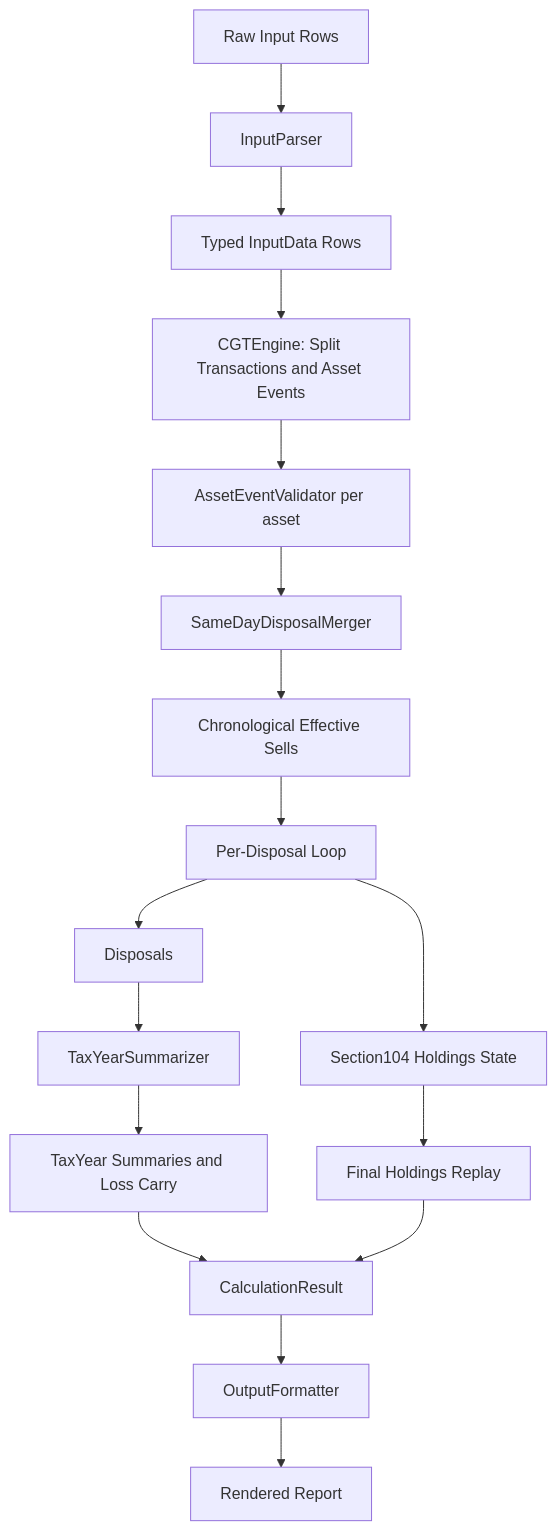
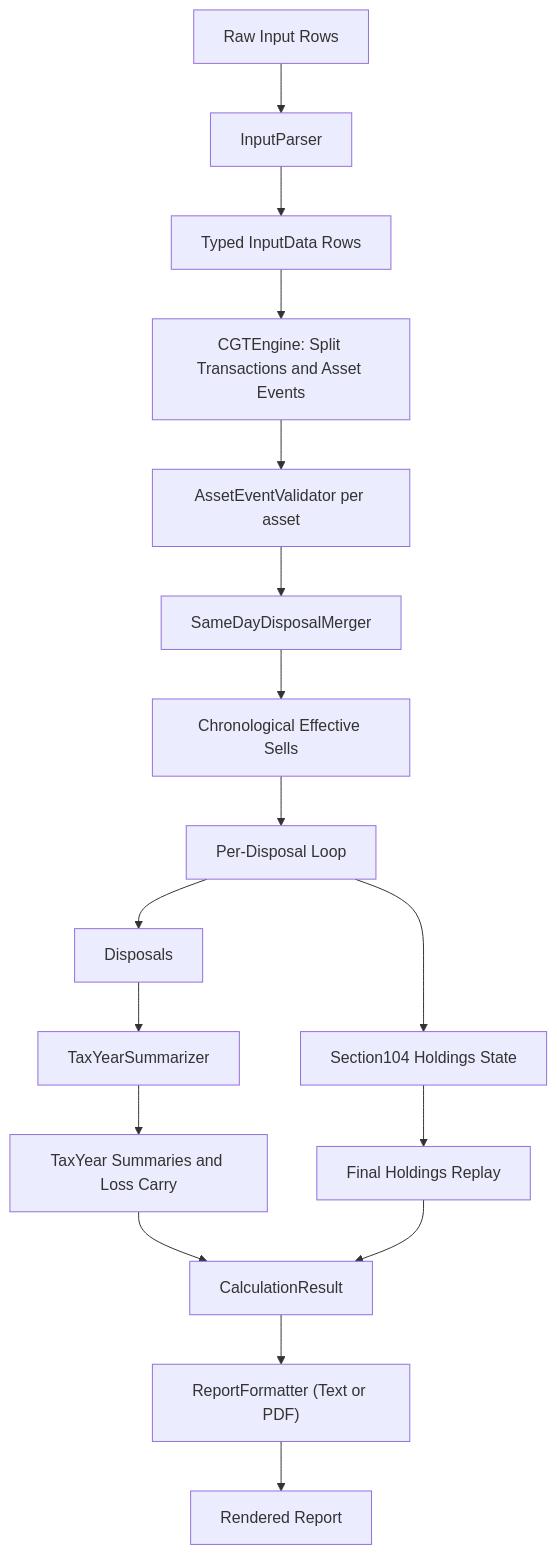
Before and after one commit to mattjgalloway/cgtcalc: the first of 2 diagrams in ARCHITECTURE.md, drawn with Mermaid. The commit also changed other lines of this file and 3 other files, not shown here.

Commit message:
Update markdown docs for formatter architecture and test paths

````diff
--- a/ARCHITECTURE.md
+++ b/ARCHITECTURE.md
@@ -94,19 +103,19 @@
 ```mermaid
 flowchart TD
   A["Raw Input Rows"] --> B["InputParser"]
   B --> C["Typed InputData Rows"]
   C --> D["CGTEngine: Split Transactions and Asset Events"]
   D --> E["AssetEventValidator per asset"]
   E --> F["SameDayDisposalMerger"]
   F --> G["Chronological Effective Sells"]
   G --> H["Per-Disposal Loop"]
   H --> I["Disposals"]
   I --> J["TaxYearSummarizer"]
   J --> K["TaxYear Summaries and Loss Carry"]
   H --> L["Section104 Holdings State"]
   L --> M["Final Holdings Replay"]
   K --> N["CalculationResult"]
   M --> N
-  N --> O["OutputFormatter"]
+  N --> O["ReportFormatter (Text or PDF)"]
   O --> P["Rendered Report"]
 ```
````
